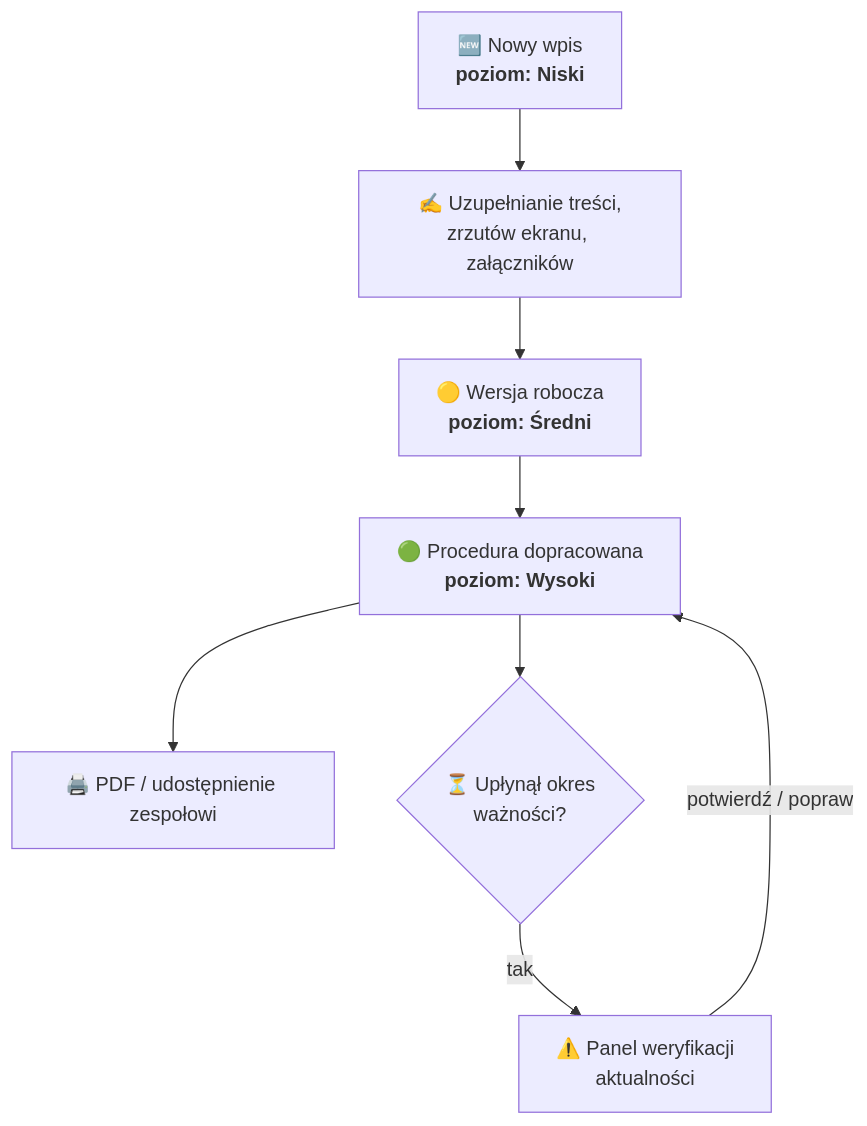
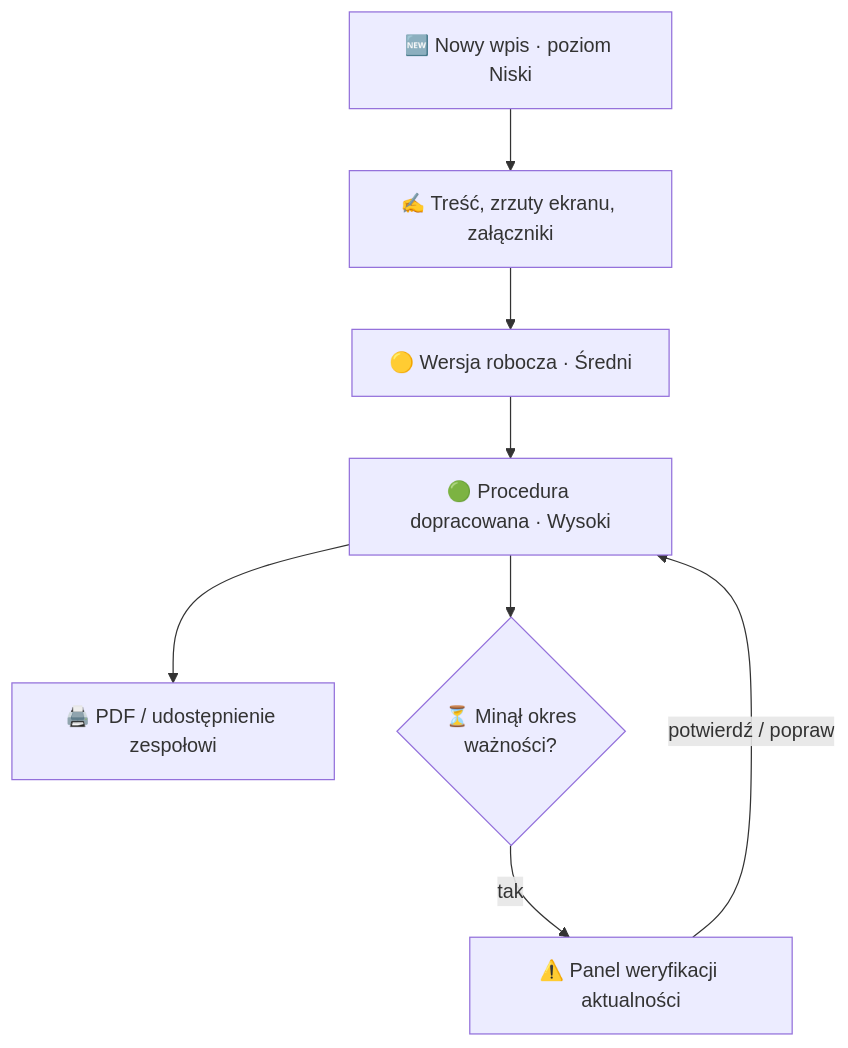
Before and after one commit to przemyslawwlodarczyk90/Knowledge-Forge-DOCUMENTATIONS: the second of 7 diagrams in README.md, drawn with Mermaid. The commit also changed other lines of this file and 7 other files, not shown here.

````diff
--- a/README.md
+++ b/README.md
@@ -140,10 +153,10 @@
 ```mermaid
 flowchart TD
-    N["🆕 Nowy wpis<br/><b>poziom: Niski</b>"] --> W["✍️ Uzupełnianie treści,<br/>zrzutów ekranu, załączników"]
-    W --> R["🟡 Wersja robocza<br/><b>poziom: Średni</b>"]
-    R --> F["🟢 Procedura dopracowana<br/><b>poziom: Wysoki</b>"]
+    N["🆕 Nowy wpis · poziom Niski"] --> W["✍️ Treść, zrzuty ekranu, załączniki"]
+    W --> R["🟡 Wersja robocza · Średni"]
+    R --> F["🟢 Procedura dopracowana · Wysoki"]
     F --> P["🖨️ PDF / udostępnienie zespołowi"]
-    F --> T{"⏳ Upłynął okres<br/>ważności?"}
-    T -- tak --> V["⚠️ Panel weryfikacji<br/>aktualności"]
+    F --> T{"⏳ Minął okres<br/>ważności?"}
+    T -- tak --> V["⚠️ Panel weryfikacji aktualności"]
     V -- "potwierdź / popraw" --> F
 ```
````
